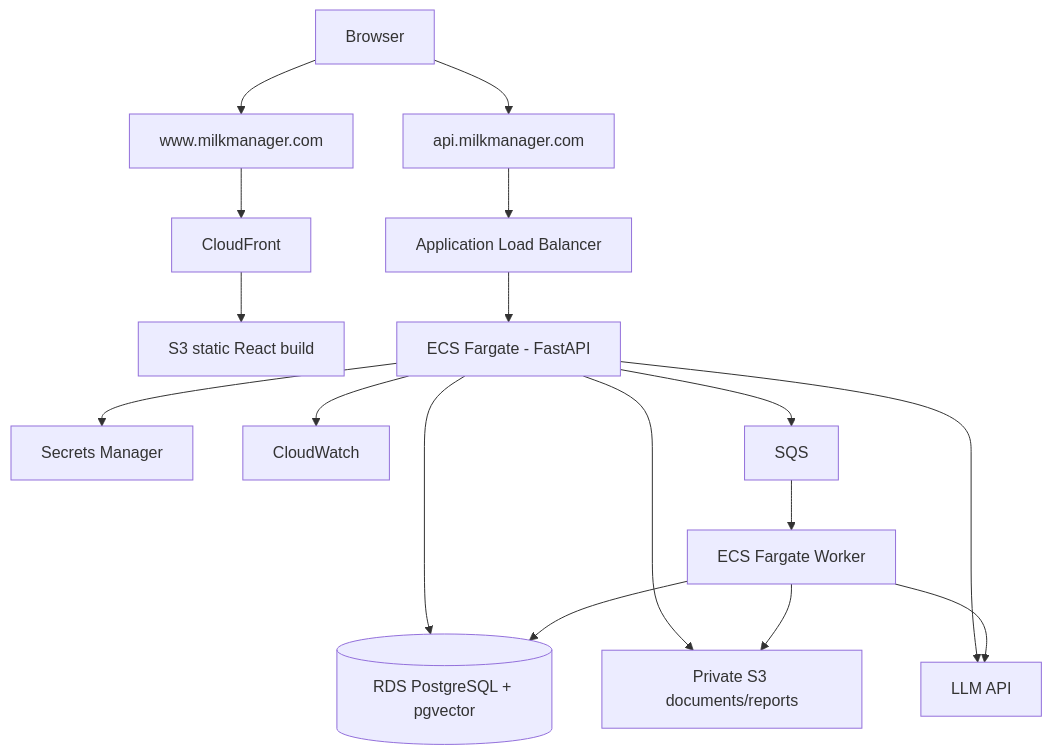
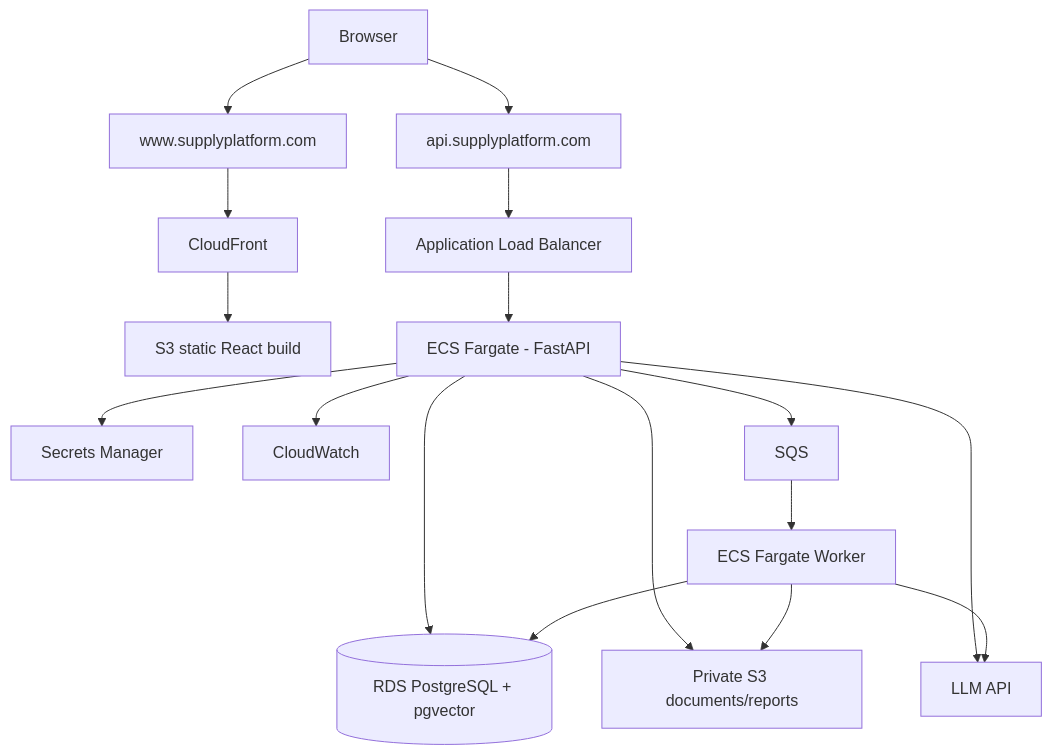
Diagram 15 of 17 in docs/ARCHITECTURE.md (sumantharra/Multi_agent_system), drawn with Mermaid before and after one commit. The commit also changed other lines of this file and 13 other files, not shown here.

````diff
--- a/docs/ARCHITECTURE.md
+++ b/docs/ARCHITECTURE.md
@@ -989,25 +989,25 @@
 ```mermaid
 flowchart TB
     USER["Browser"]
 
-    USER --> WWW["www.milkmanager.com"]
-    USER --> API["api.milkmanager.com"]
+    USER --> WWW["www.supplyplatform.com"]
+    USER --> API["api.supplyplatform.com"]
 
     WWW --> CF["CloudFront"]
     CF --> S3WEB["S3 static React build"]
 
     API --> ALB["Application Load Balancer"]
     ALB --> ECS["ECS Fargate - FastAPI"]
 
     ECS --> RDS[("RDS PostgreSQL + pgvector")]
     ECS --> S3DOC["Private S3 documents/reports"]
     ECS --> SEC["Secrets Manager"]
     ECS --> CW["CloudWatch"]
     ECS --> LLM["LLM API"]
 
     ECS --> SQS["SQS"]
     SQS --> WORKER["ECS Fargate Worker"]
     WORKER --> RDS
     WORKER --> S3DOC
     WORKER --> LLM
 ```
````
